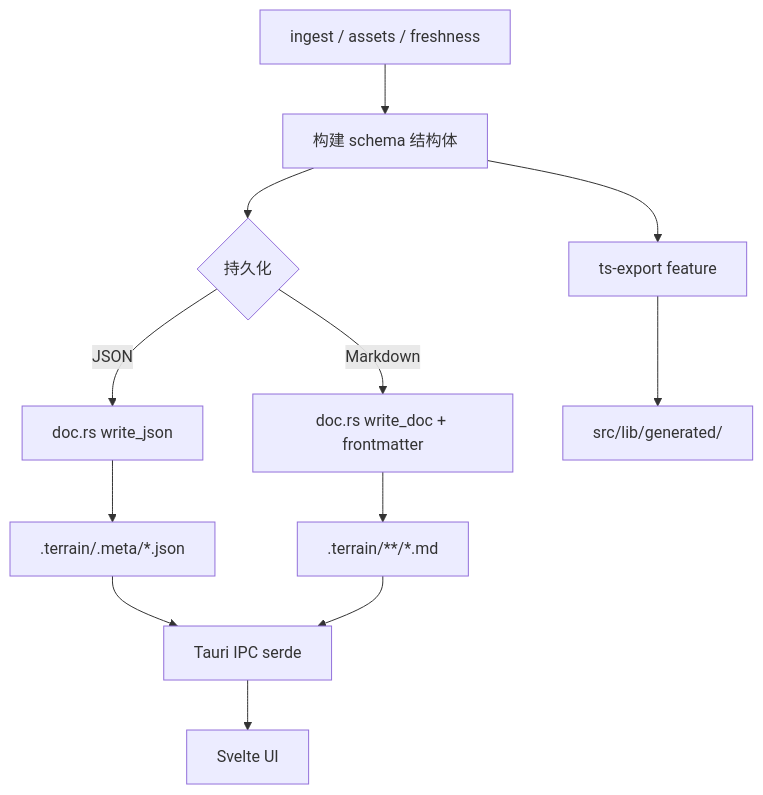
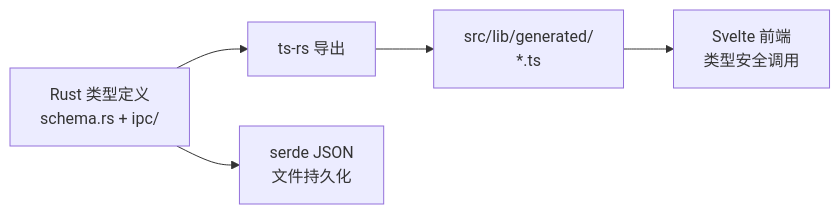
Before and after one commit to sopaco/terrain: the diagram in .terrain/human/4.Deep-Exploration/数据模型.md, drawn with Mermaid. The commit also changed other lines of this file and 79 other files, not shown here.

````diff
--- a/.terrain/human/4.Deep-Exploration/数据模型.md
+++ b/.terrain/human/4.Deep-Exploration/数据模型.md
@@ -54,14 +36,7 @@
 ```mermaid
-flowchart TD
-    A["ingest / assets / freshness"] --> B["构建 schema 结构体"]
-    B --> C{持久化}
-    C -->|Markdown| D["doc.rs write_doc + frontmatter"]
-    C -->|JSON| E["doc.rs write_json"]
-    D --> F[".terrain/**/*.md"]
-    E --> G[".terrain/.meta/*.json"]
-    B --> H["ts-export feature"]
-    H --> I["src/lib/generated/"]
-    G --> J["Tauri IPC serde"]
-    J --> K["Svelte UI"]
-    F --> J
+flowchart LR
+    A["Rust 类型定义<br/>schema.rs + ipc/"] --> B["ts-rs 导出"]
+    B --> C["src/lib/generated/<br/>*.ts"]
+    C --> D["Svelte 前端<br/>类型安全调用"]
+    A --> E["serde JSON<br/>文件持久化"]
 ```
````
